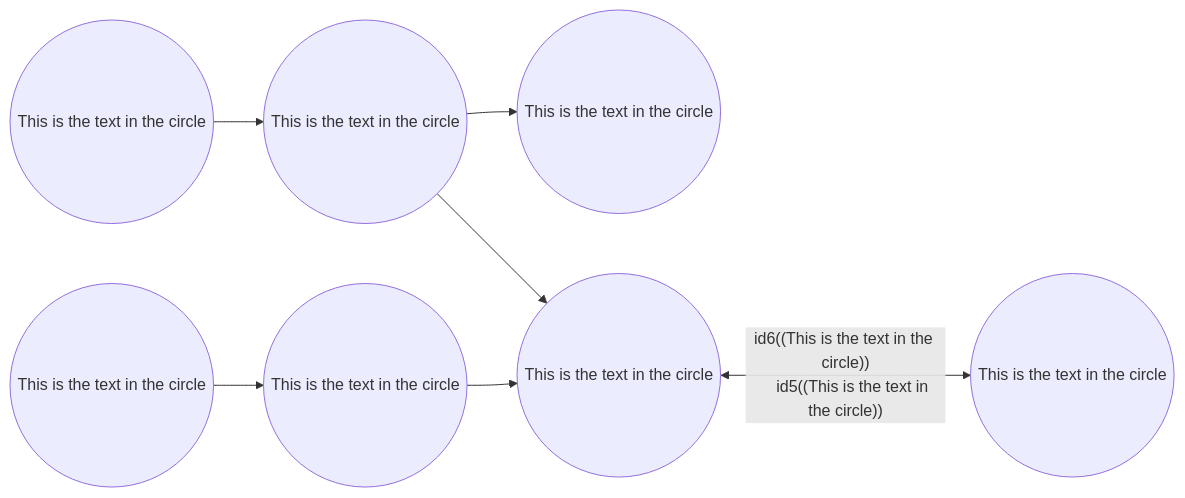
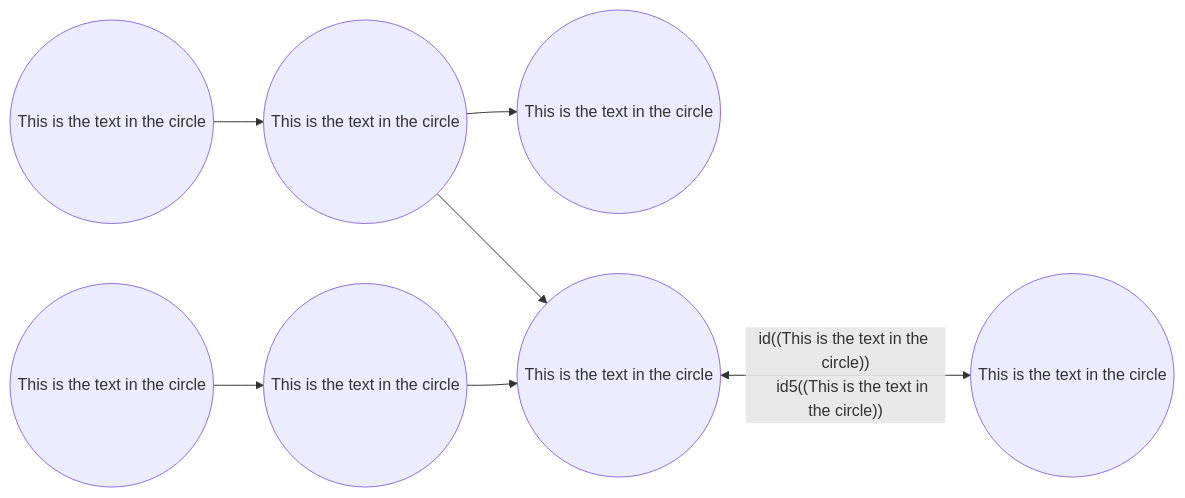
One commit to gerbssusd/dok changed the second of 2 diagrams in slides.md. Above: the diagram before and after it, drawn with Mermaid.

````diff
--- a/slides.md
+++ b/slides.md
@@ -499,14 +499,14 @@
 ```mermaid {scale: .60}
 
 flowchart LR
     id1((This is the text in the circle)) -->
     id2((This is the text in the circle)) -->
     id3((This is the text in the circle))
        id3.1((This is the text in the circle))-->
        id3.2((This is the text in the circle))-->id4
-   id2 --> id4((This is the text in the circle)) <-- id6((This is the text in the circle))
+   id2 --> id4((This is the text in the circle)) <-- id((This is the text in the circle))
     id5((This is the text in the circle)) -->
    
     id7((This is the text in the circle))
 
 ```
````
